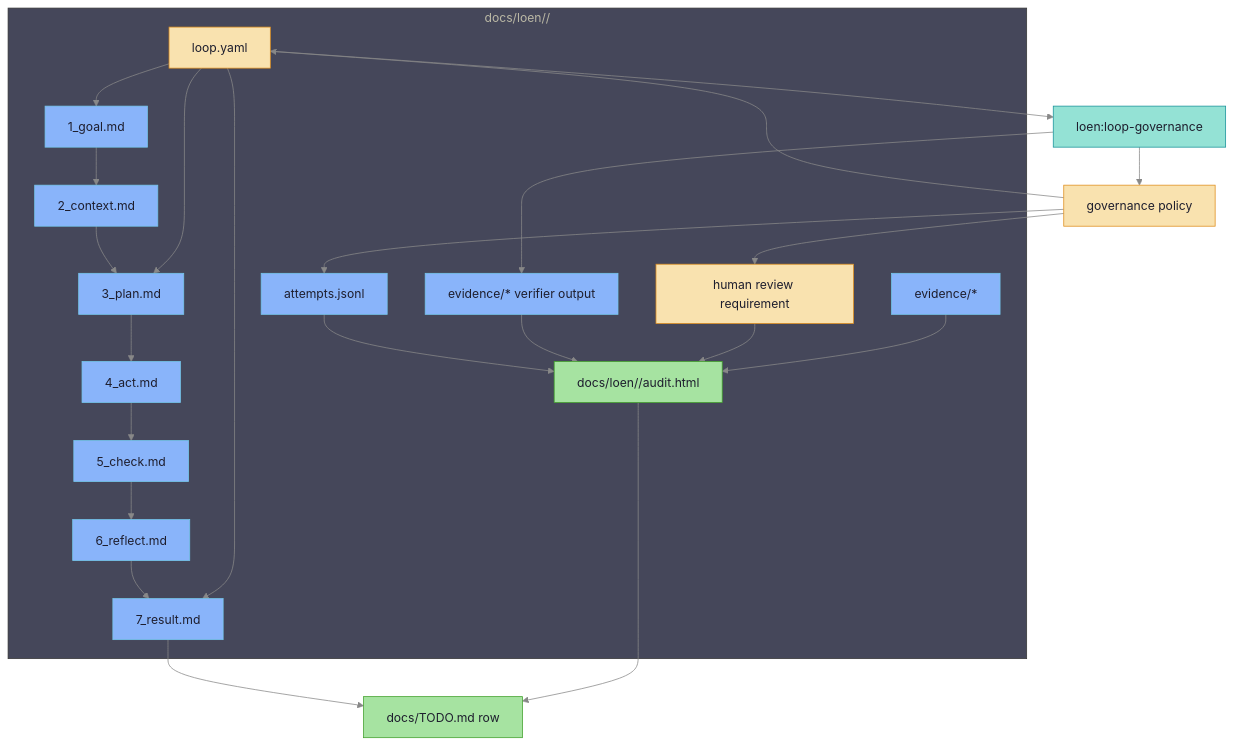
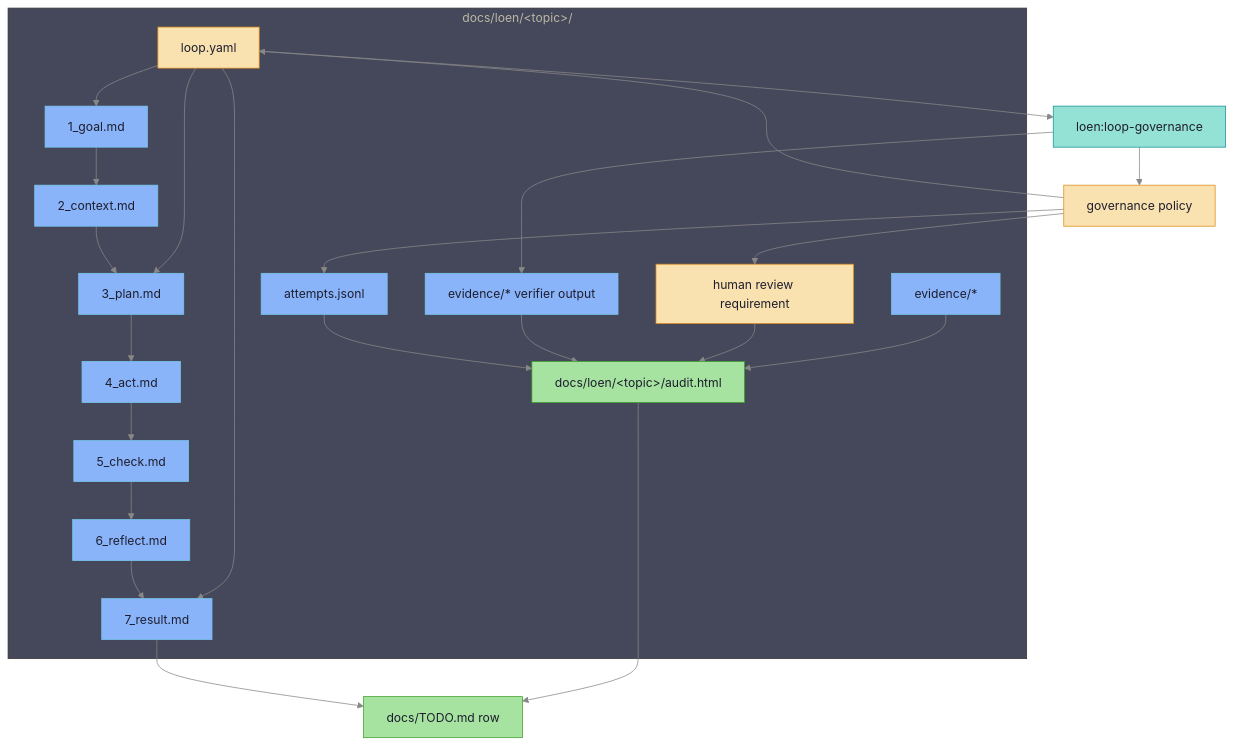
Before and after one commit to ikeniborn/icodex: the third of 3 diagrams in .codex-isolated/plugins/cache/icodex-local/loen/0.1.0/docs/architecture.md, drawn with Mermaid. The commit also changed other lines of this file and 6 other files, not shown here.

Commit message:
docs(loen): escape topic in mermaid labels

````diff
--- a/.codex-isolated/plugins/cache/icodex-local/loen/0.1.0/docs/architecture.md
+++ b/.codex-isolated/plugins/cache/icodex-local/loen/0.1.0/docs/architecture.md
@@ -120,50 +120,50 @@
 ```mermaid
 %%{init: {'theme': 'base', 'themeVariables': {'background': '#1e1e2e', 'primaryColor': '#313244', 'primaryTextColor': '#cdd6f4', 'primaryBorderColor': '#89b4fa', 'lineColor': '#888888', 'secondaryColor': '#181825', 'tertiaryColor': '#45475a'}}}%%
 flowchart TD
-    subgraph topic_dir["docs/loen/<topic>/"]
+    subgraph topic_dir["docs/loen/&lt;topic&gt;/"]
         Goal["1_goal.md"]
         Context["2_context.md"]
         Plan["3_plan.md"]
         Act["4_act.md"]
         Check["5_check.md"]
         Reflect["6_reflect.md"]
         Result["7_result.md"]
         LoopYaml["loop.yaml"]
         Attempts["attempts.jsonl"]
         Evidence["evidence/*"]
         GovernanceEvidence["evidence/* verifier output"]
-        AuditHtml["docs/loen/<topic>/audit.html"]
+        AuditHtml["docs/loen/&lt;topic&gt;/audit.html"]
         HumanReview["human review requirement"]
     end
 
     Goal --> Context
     Context --> Plan
     Plan --> Act
     Act --> Check
     Check --> Reflect
     Reflect --> Result
     LoopYaml --> Goal
     LoopYaml --> Plan
     LoopYaml --> Result
     LoopYaml --> GovernanceRun["loen:loop-governance"]
     GovernanceRun --> GovernancePolicy["governance policy"]
     GovernancePolicy --> LoopYaml
     GovernancePolicy --> Attempts
     Attempts --> AuditHtml
     GovernanceRun --> GovernanceEvidence
     GovernanceEvidence --> AuditHtml
     GovernancePolicy --> HumanReview
     HumanReview --> AuditHtml
     Evidence --> AuditHtml
     Result --> TodoRow["docs/TODO.md row"]
     AuditHtml --> TodoRow
 
     classDef artifact fill:#89b4fa,color:#1e1e2e,stroke:#74c7ec
     classDef contract fill:#f9e2af,color:#1e1e2e,stroke:#df8e1d
     classDef report fill:#a6e3a1,color:#1e1e2e,stroke:#40a02b
     classDef governance fill:#94e2d5,color:#1e1e2e,stroke:#179299
     class Goal,Context,Plan,Act,Check,Reflect,Result,Attempts,Evidence,GovernanceEvidence artifact
     class LoopYaml,GovernancePolicy,HumanReview contract
     class GovernanceRun governance
     class AuditHtml,TodoRow report
 ```
````
